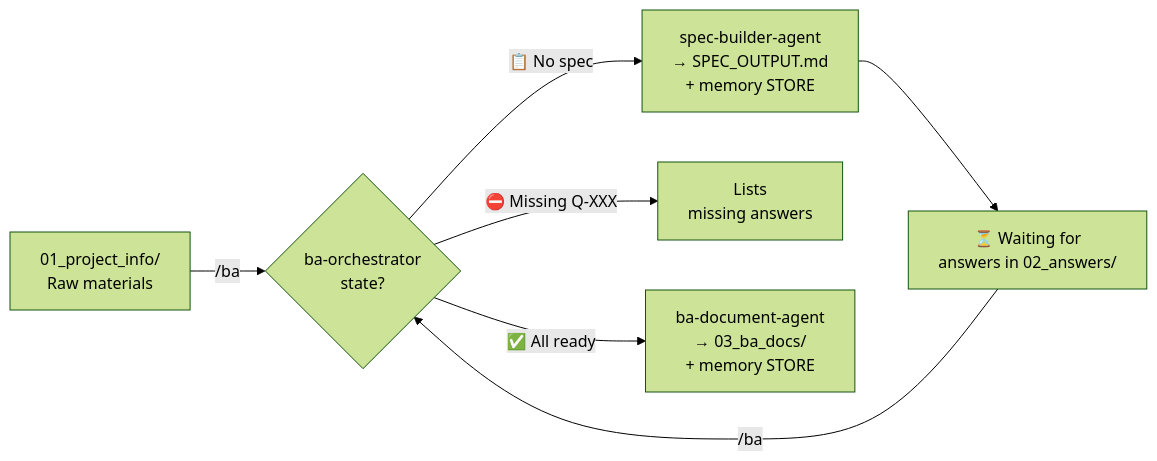
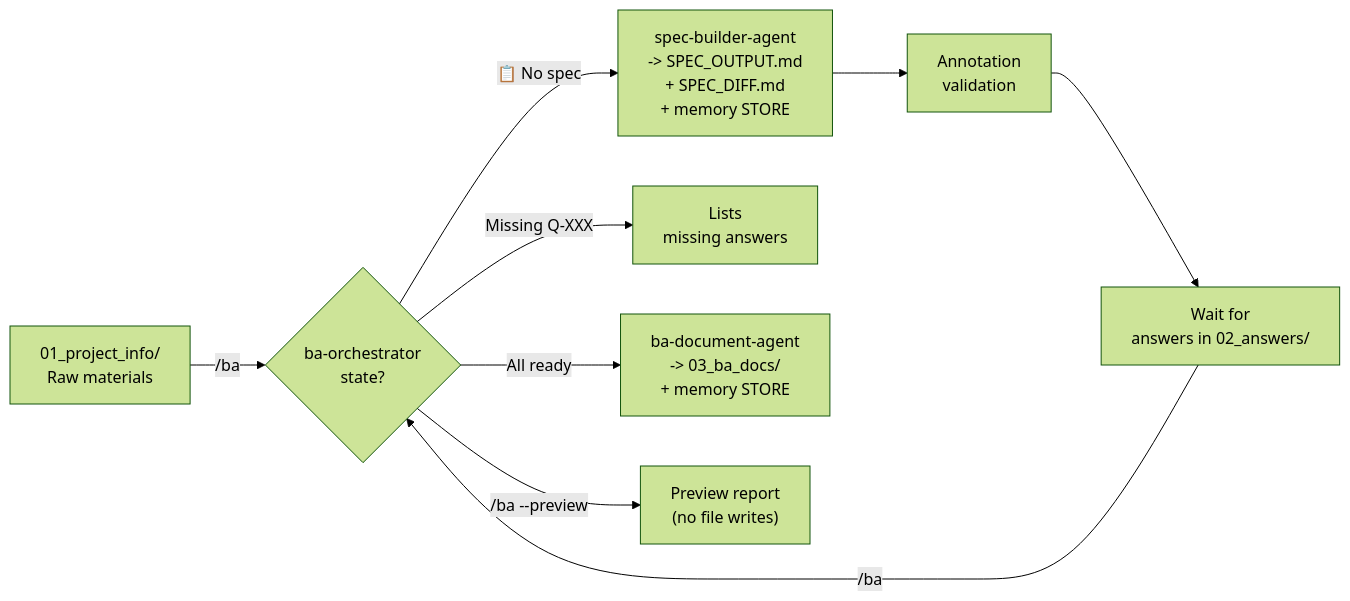
The second of 2 diagrams in AGENTS.md (exphoenee/ba-team-docs), drawn with Mermaid (forest theme) before and after one commit. The commit also changed other lines of this file and 19 other files, not shown here.

````diff
--- a/AGENTS.md
+++ b/AGENTS.md
@@ -156,9 +162,11 @@
 ```mermaid
 flowchart LR
     A["01_project_info/\nRaw materials"] -->|"/ba"| B{ba-orchestrator\nstate?}
-    B -->|"📋 No spec"| C["spec-builder-agent\n→ SPEC_OUTPUT.md\n+ memory STORE"]
-    C --> D["⏳ Waiting for\nanswers in 02_answers/"]
-    D -->|"/ba"| B
-    B -->|"⛔ Missing Q-XXX"| E["Lists\nmissing answers"]
-    B -->|"✅ All ready"| F["ba-document-agent\n→ 03_ba_docs/\n+ memory STORE"]
+    B -->|"📋 No spec"| C["spec-builder-agent\n-> SPEC_OUTPUT.md\n+ SPEC_DIFF.md\n+ memory STORE"]
+    C --> D["Annotation\nvalidation"]
+    D --> E["Wait for\nanswers in 02_answers/"]
+    E -->|"/ba"| B
+    B -->|"Missing Q-XXX"| F["Lists\nmissing answers"]
+    B -->|"All ready"| G["ba-document-agent\n-> 03_ba_docs/\n+ memory STORE"]
+    B -->|"/ba --preview"| H["Preview report\n(no file writes)"]
 ```
````
